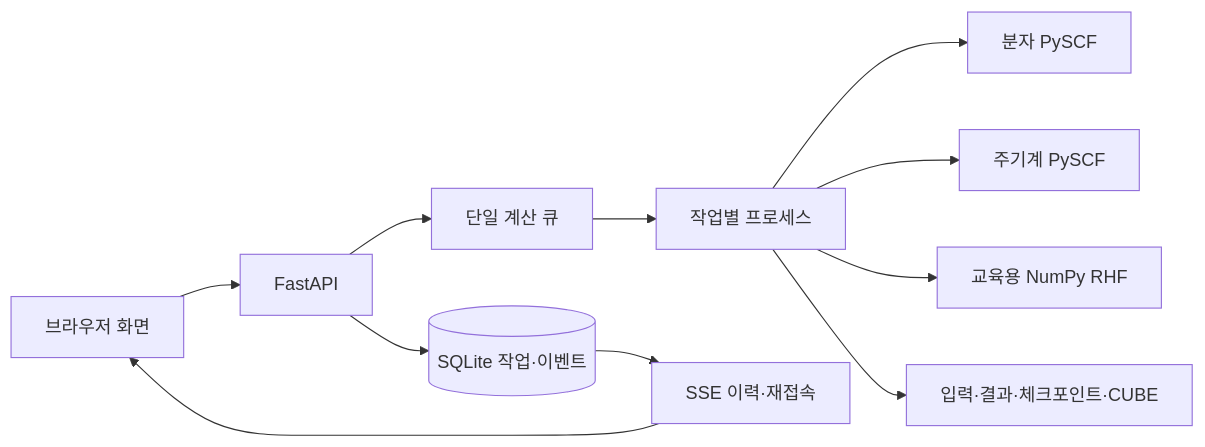
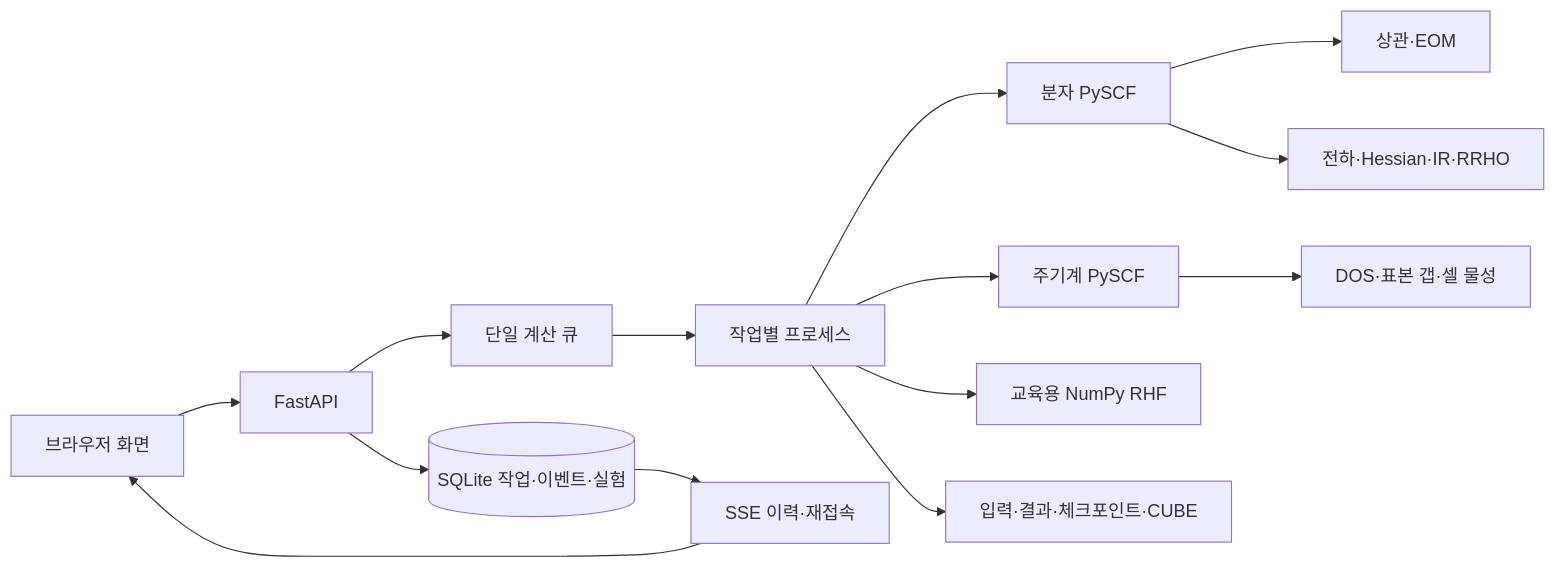
The diagram in docs/architecture.md (JMH-Chem/Computer_science_quantum), drawn with Mermaid before and after one commit. The commit also changed other lines of this file and 65 other files, not shown here.

````diff
--- a/docs/architecture.md
+++ b/docs/architecture.md
@@ -7,13 +7,16 @@
 ```mermaid
 flowchart LR
   UI[브라우저 화면] --> API[FastAPI]
-  API --> DB[(SQLite 작업·이벤트)]
+  API --> DB[(SQLite 작업·이벤트·실험)]
   API --> Queue[단일 계산 큐]
   Queue --> Worker[작업별 프로세스]
   Worker --> Molecular[분자 PySCF]
+  Molecular --> Correlation[상관·EOM]
+  Molecular --> Properties[전하·Hessian·IR·RRHO]
   Worker --> Periodic[주기계 PySCF]
+  Periodic --> MaterialResults[DOS·표본 갭·셀 물성]
   Worker --> RHF[교육용 NumPy RHF]
   Worker --> Files[입력·결과·체크포인트·CUBE]
   DB --> SSE[SSE 이력·재접속]
   SSE --> UI
 ```
````
